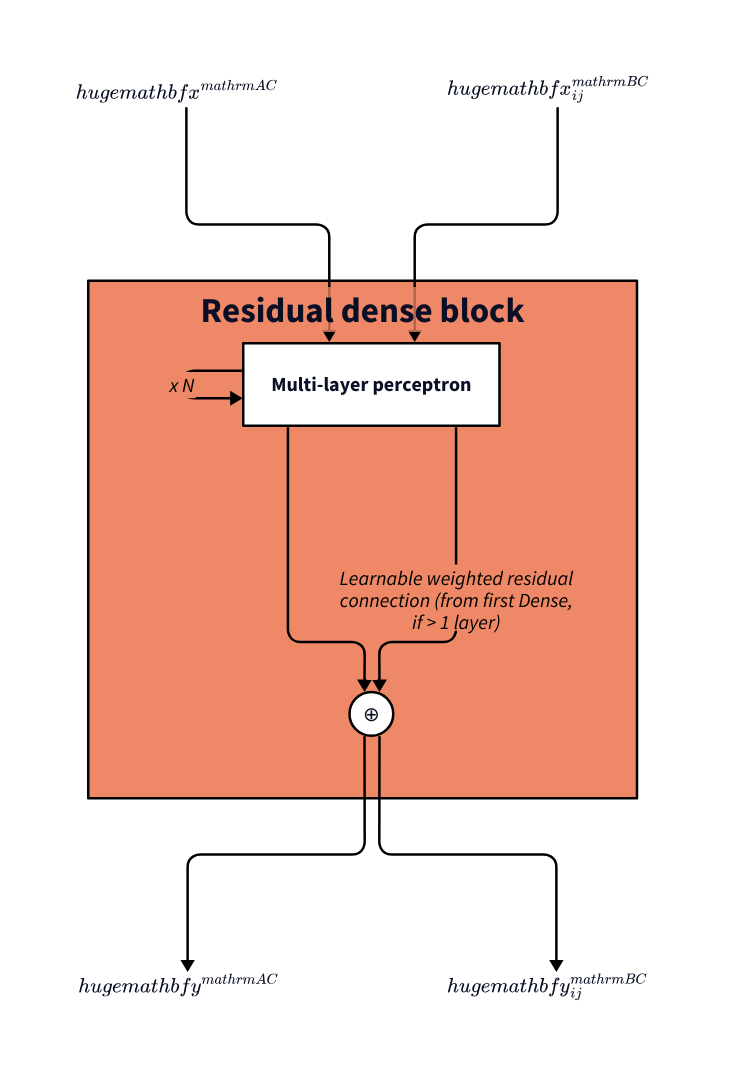
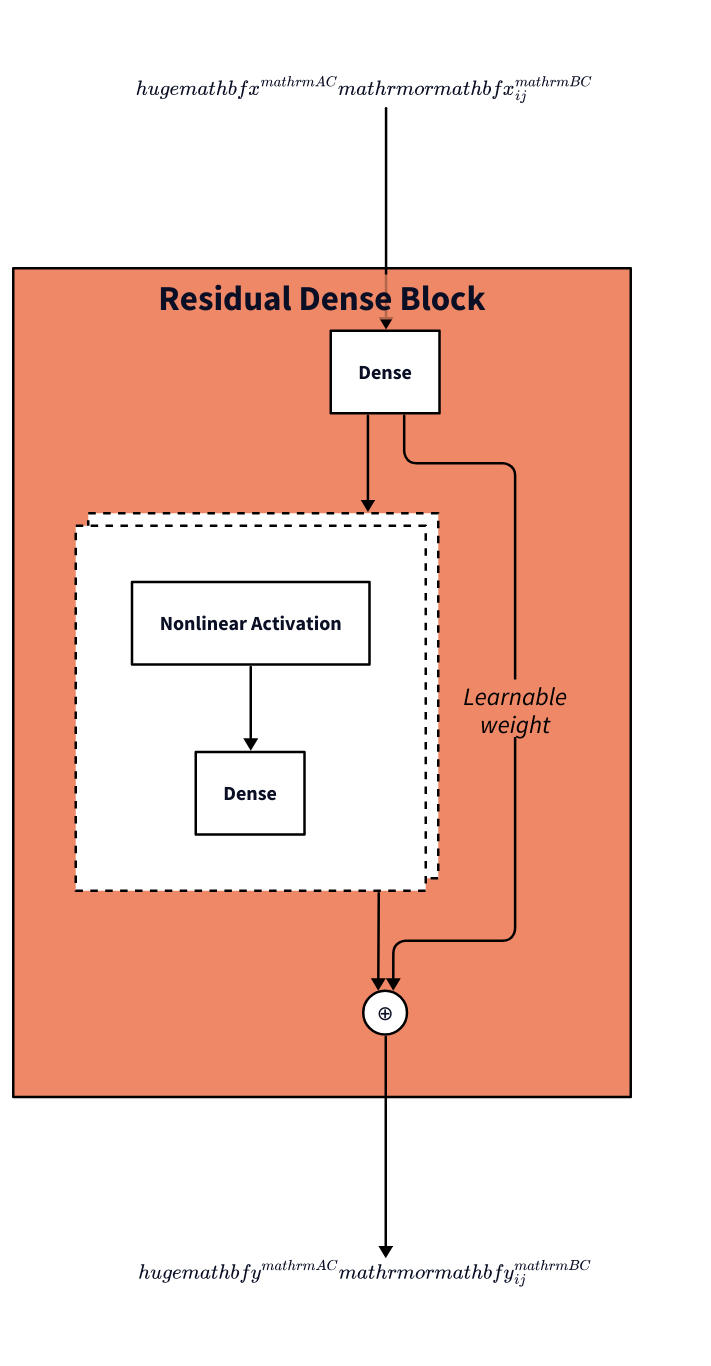
Before and after one commit to SamsungDS/gears_h: the diagram in architecture_figures/4_rd.d2, drawn with D2.

Commit message:
Make clearer that the AC and BC descriptors do not go in together, add the activation when multiple dense layers are used, and make the residual connection clearer.

```diff
--- a/architecture_figures/4_rd.d2
+++ b/architecture_figures/4_rd.d2
@@ -1,134 +1,133 @@
-acf: {
+f: {
     label: ""
     class: empty
     equation: |latex
-        \huge{\mathbf{x}^{\mathrm{AC}}}
+        \huge{\mathbf{x}^{\mathrm{AC}}\ \mathrm{or}\ \mathbf{x}_{ij}^{\mathrm{BC}}}
     |
 }
 
-bcf: {
+fo: {
     label: ""
     class: empty
     equation: |latex
-        \huge{\mathbf{x}_{ij}^{\mathrm{BC}}}
-    |
-}
-acfo: {
-    label: ""
-    class: empty
-    equation: |latex
-        \huge{\mathbf{y}^{\mathrm{AC}}}
+        \huge{\mathbf{y}^{\mathrm{AC}}\ \mathrm{or}\ \mathbf{y}_{ij}^{\mathrm{BC}}}
     |
 }
 
-bcfo: {
-    label: ""
-    class: empty
-    equation: |latex
-        \huge{\mathbf{y}_{ij}^{\mathrm{BC}}}
-    |
-}
 # mlpf: "MLP-processed features \{F\}" {class: empty; label.near: outside-top-center}
 
-rd: Residual dense block {
+rd: Residual Dense Block {
     class: rd
-    da: Multi-layer perceptron {
+    initial_dense: Dense {class: in_module}
+    optional_block: {
         class: in_module
-        # d1: Dense {class: in_module}
-        # act: Activation {class: in_module}
-        # d1 -> act: {style: {stroke: "#000000"; font-color: black}}
+        style: {stroke-dash: 3; multiple: true}
+        label: ""
+        ob_act: Nonlinear Activation {class: in_module}
+        ob_dense: Dense {class: in_module}
+        ob_act -> ob_dense: {style: {stroke: "#000000"; font-color: black}}
+
     }
-    da -> da: x N {style: {stroke: "#000000"; font-color: black}}
+    # da: Multi-layer perceptron {
+    #     class: in_module
+    #     style: {multiple: true}
+    #     # d1: Dense {class: in_module}
+    #     # act: Activation {class: in_module}
+    #     # d1 -> act: {style: {stroke: "#000000"; font-color: black}}
+    # }
+    # da -> da: x N {style: {stroke: "#000000"; font-color: black}}
     s1: ⊕ {class: operator}
-    da -> s1: {style: {stroke: "#000000"; font-color: black}}
-    da -> s1: Learnable weighted residual\nconnection (from first Dense,\nif > 1 layer) {style: {stroke: "#000000"; font-color: black}}
+    initial_dense -> optional_block: {style: {stroke: "#000000"; font-color: black}}
+    initial_dense -> s1: Learnable\nweight  {style: {stroke: "#000000"; font-color: black; font-size: 20}}
+    optional_block -> s1: {style: {stroke: "#000000"; font-color: black}}
+    # optional_block -> s1: Learnable weighted residual\nconnection (from first Dense,\nif > 1 layer) {style: {stroke: "#000000"; font-color: black}}
 }
 
-acf.equation -> rd.da: {style: {stroke: "#000000"; font-color: black}}
-bcf.equation -> rd.da: {style: {stroke: "#000000"; font-color: black}}
-rd.s1 -> acfo.equation: {style: {stroke: "#000000"; font-color: black}}
-rd.s1 -> bcfo.equation: {style: {stroke: "#000000"; font-color: black}}
+f.equation -> rd.initial_dense: {style: {stroke: "#000000"; font-color: black}}
+# bcf.equation -> rd.da: {style: {stroke: "#000000"; font-color: black}}
+rd.s1 -> fo.equation: {style: {stroke: "#000000"; font-color: black}}
+# rd.s1 -> bcfo.equation: {style: {stroke: "#000000"; font-color: black}}
 
 classes: {
     operator: {shape: circle
                width: 35
                height: 35
                style: {fill: "#FFFFFF"
                        stroke: "#000000"
                     #    font: mono
                       }
     }
     empty: {
             # label: ""
             width: 50
             height: 50
             style: {
                 fill: transparent
                 stroke: transparent
                 font-size: 24
             }
     }
     sarb: {
         style: {
             fill: "#44BB99"
             stroke: "#000000"
         }
     }
     in_module: {
         style: {
             fill: "#FFFFFF"
             stroke: "#000000"
             # opacity: 0.5
         }
     }
     ac: {
         style: {
             fill: "#BBCC33"
             stroke: "#000000"
         }
     }
     bc: {
         style: {
             fill: "#EEDD88"
             stroke: "#000000"
         }
     }
     rd: {
         style: {
             fill: "#EE8866"
             stroke: "#000000"
             bold: true
         }
     }
     ro: {
         style: {
             fill: "#FFAABB"
             stroke: "#000000"
         }
     }
     outs: {
         style: {
             fill: "#DDDDDD"
             stroke: "#000000"
             multiple: true
         }
     }
     input : {
         # label: ""
         width: 50
         height: 50
         style: {
             fill: "#99DDFF"
             stroke: "#000000"
             multiple: true
         }
     }
 }
 
 vars: {
     d2-config: {
       layout-engine: elk
       pad: 10
     #   theme-id: 101
     }
 }
```
